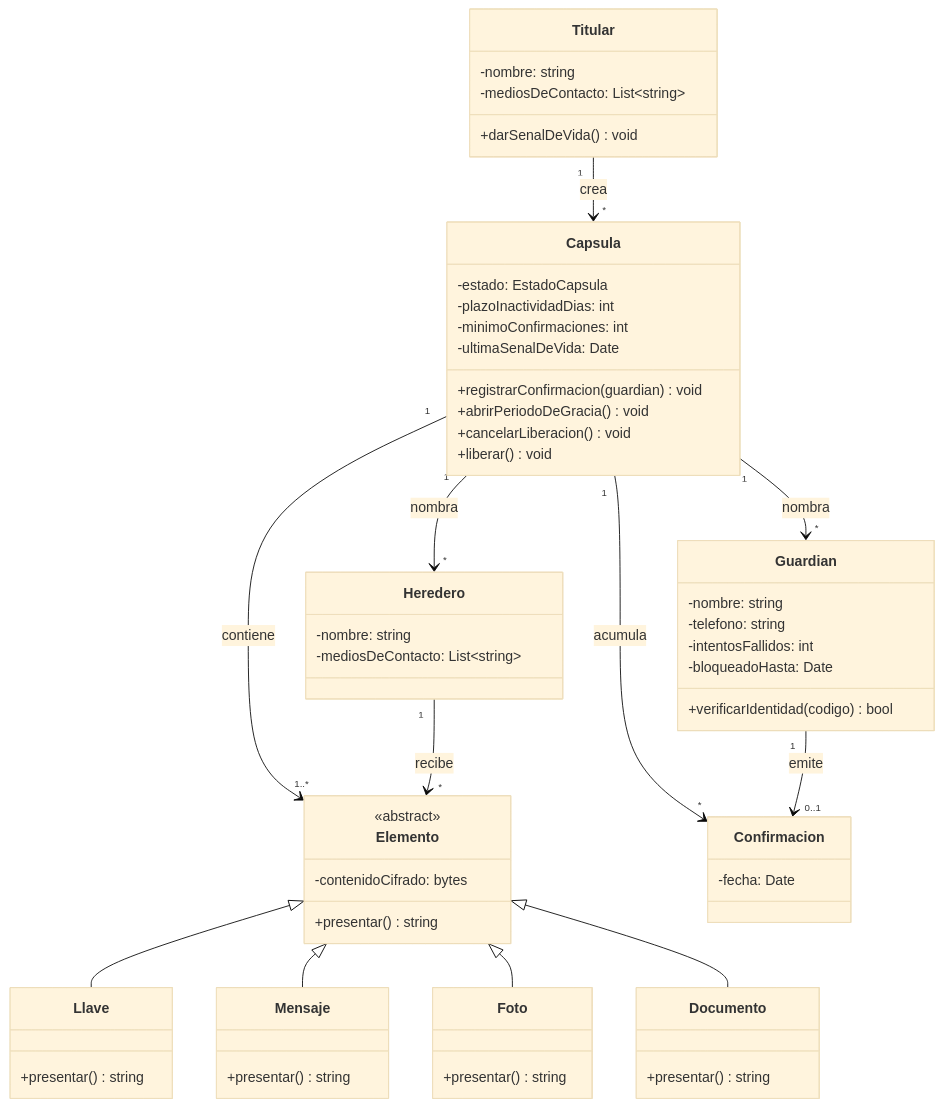
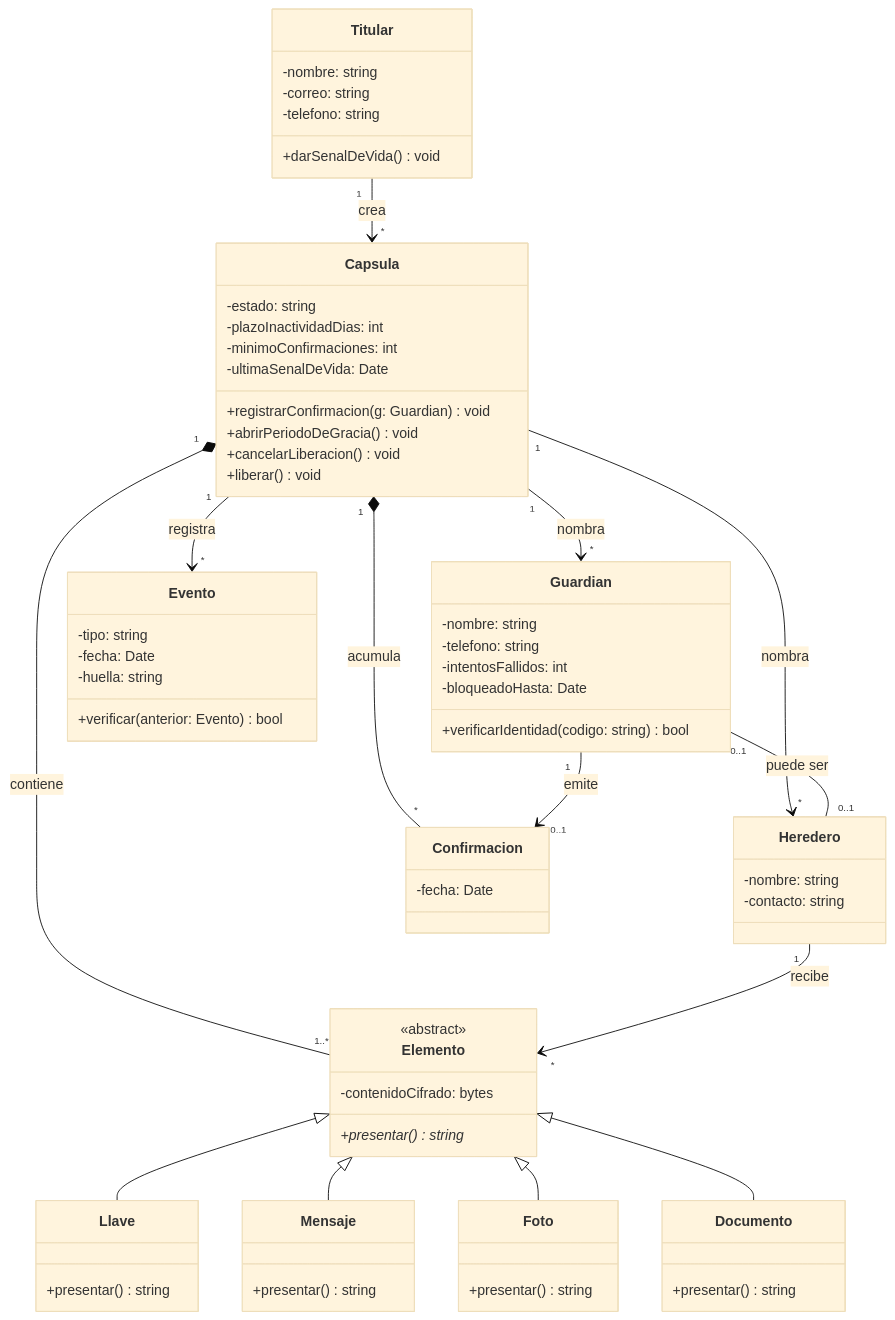
The sixth of 8 diagrams in doc/arch/diagramas.md (ecapri-dev/memorium), drawn with Mermaid (base theme) before and after one commit. The commit also changed other lines of this file, not shown here.

Commit message:
Completa el diagrama de clases y su concordancia con la secuencia

````diff
--- a/doc/arch/diagramas.md
+++ b/doc/arch/diagramas.md
@@ -202,61 +202,70 @@
 ```mermaid
 classDiagram
     class Titular {
         -nombre: string
-        -mediosDeContacto: List~string~
+        -correo: string
+        -telefono: string
         +darSenalDeVida() void
     }
     class Capsula {
-        -estado: EstadoCapsula
+        -estado: string
         -plazoInactividadDias: int
         -minimoConfirmaciones: int
         -ultimaSenalDeVida: Date
-        +registrarConfirmacion(guardian) void
+        +registrarConfirmacion(g: Guardian) void
         +abrirPeriodoDeGracia() void
         +cancelarLiberacion() void
         +liberar() void
     }
     class Elemento {
         <<abstract>>
         -contenidoCifrado: bytes
-        +presentar() string
+        +presentar()* string
     }
     class Llave {
         +presentar() string
     }
     class Mensaje {
         +presentar() string
     }
     class Foto {
         +presentar() string
     }
     class Documento {
         +presentar() string
     }
     class Heredero {
         -nombre: string
-        -mediosDeContacto: List~string~
+        -contacto: string
     }
     class Guardian {
         -nombre: string
         -telefono: string
         -intentosFallidos: int
         -bloqueadoHasta: Date
-        +verificarIdentidad(codigo) bool
+        +verificarIdentidad(codigo: string) bool
     }
     class Confirmacion {
         -fecha: Date
     }
+    class Evento {
+        -tipo: string
+        -fecha: Date
+        -huella: string
+        +verificar(anterior: Evento) bool
+    }
 
     Titular "1" --> "*" Capsula : crea
-    Capsula "1" --> "1..*" Elemento : contiene
+    Capsula "1" *-- "1..*" Elemento : contiene
+    Capsula "1" *-- "*" Confirmacion : acumula
     Capsula "1" --> "*" Heredero : nombra
     Capsula "1" --> "*" Guardian : nombra
-    Capsula "1" --> "*" Confirmacion : acumula
+    Capsula "1" --> "*" Evento : registra
     Guardian "1" --> "0..1" Confirmacion : emite
     Heredero "1" --> "*" Elemento : recibe
+    Guardian "0..1" -- "0..1" Heredero : puede ser
     Elemento <|-- Llave
     Elemento <|-- Mensaje
     Elemento <|-- Foto
     Elemento <|-- Documento
 ```
````
